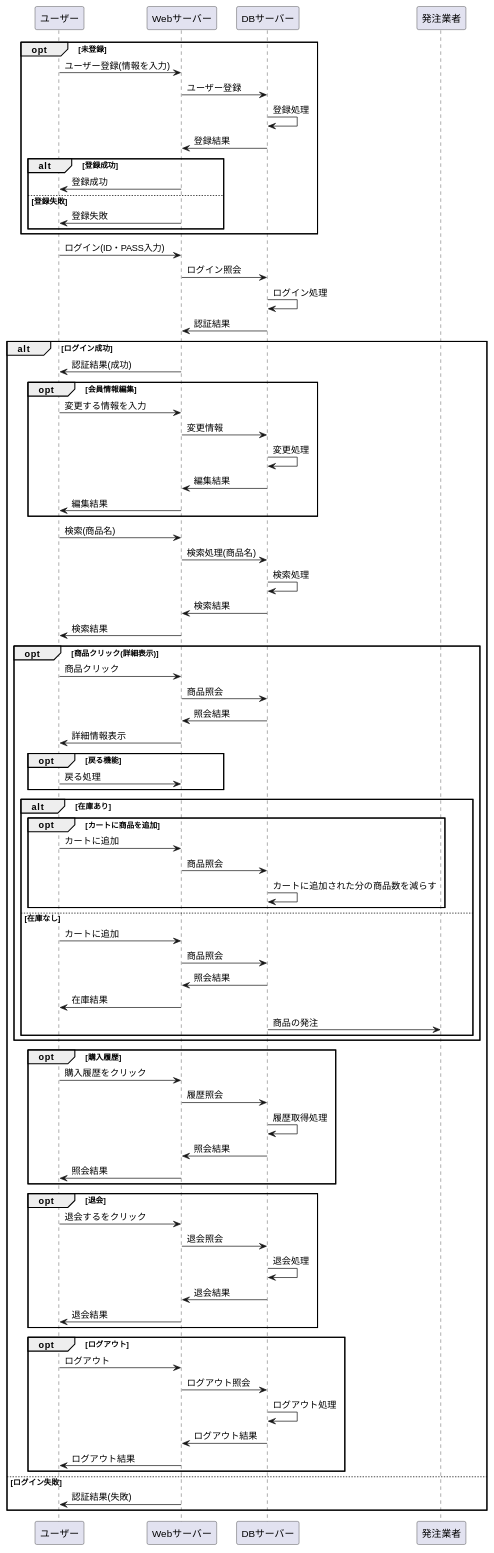
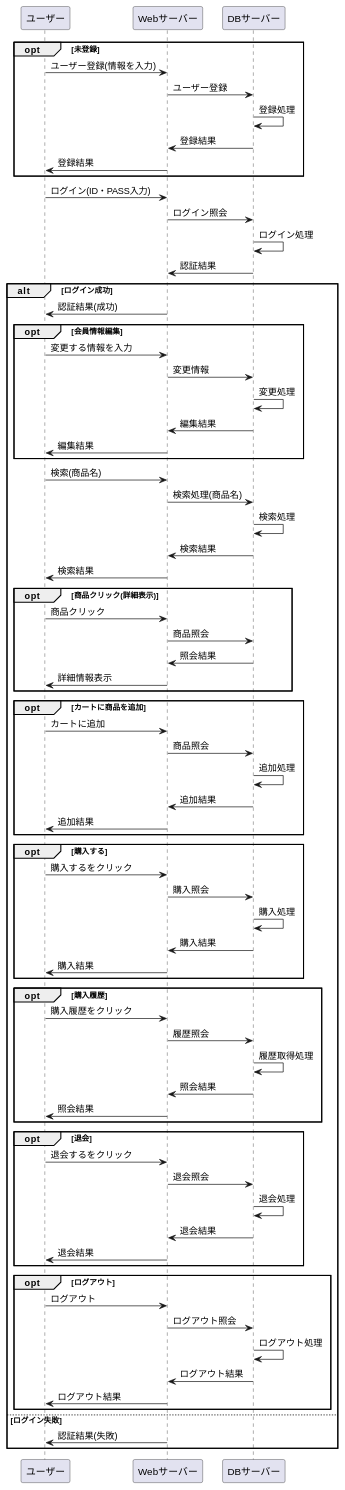
The diagram in 業務フロー.md (Aso2001178/Rainbows), drawn with PlantUML before and after one commit.

```diff
--- a/業務フロー.md
+++ b/業務フロー.md
@@ -5,12 +5,7 @@
 Webサーバー -> DBサーバー : ユーザー登録
 DBサーバー -> DBサーバー : 登録処理
 DBサーバー -> Webサーバー : 登録結果
-
-alt 登録成功
-Webサーバー -> ユーザー : 登録成功
-else 登録失敗
-Webサーバー -> ユーザー : 登録失敗
-end
+Webサーバー -> ユーザー : 登録結果
 end
 
 ユーザー -> Webサーバー : ログイン(ID・PASS入力)
@@ -40,23 +35,22 @@
 Webサーバー -> DBサーバー : 商品照会
 DBサーバー -> Webサーバー : 照会結果
 Webサーバー -> ユーザー : 詳細情報表示
-opt 戻る機能
-ユーザー -> Webサーバー : 戻る処理
 end
 
-alt 在庫あり
 opt カートに商品を追加
 ユーザー -> Webサーバー : カートに追加
 Webサーバー -> DBサーバー : 商品照会
-DBサーバー -> DBサーバー : カートに追加された分の商品数を減らす
+DBサーバー -> DBサーバー : 追加処理
+DBサーバー -> Webサーバー : 追加結果
+Webサーバー -> ユーザー : 追加結果
 end
-else 在庫なし
-ユーザー -> Webサーバー : カートに追加
-Webサーバー -> DBサーバー : 商品照会
-DBサーバー -> Webサーバー : 照会結果
-Webサーバー -> ユーザー : 在庫結果
-DBサーバー -> 発注業者 : 商品の発注
-end
+
+opt 購入する
+ユーザー -> Webサーバー : 購入するをクリック
+Webサーバー -> DBサーバー : 購入照会
+DBサーバー -> DBサーバー : 購入処理
+DBサーバー -> Webサーバー : 購入結果
+Webサーバー -> ユーザー : 購入結果
 end
 
 opt 購入履歴
```
